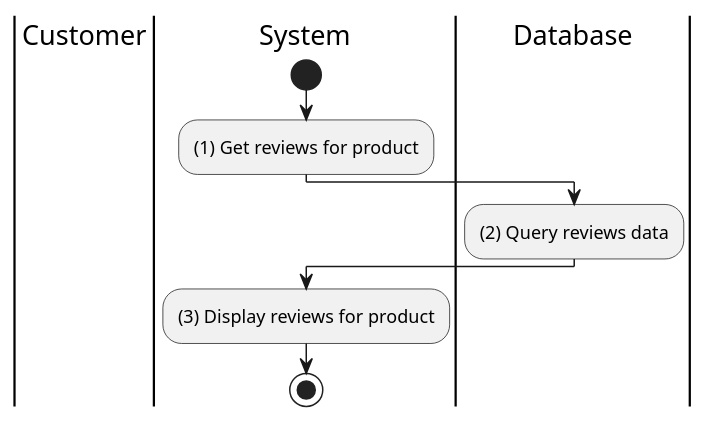
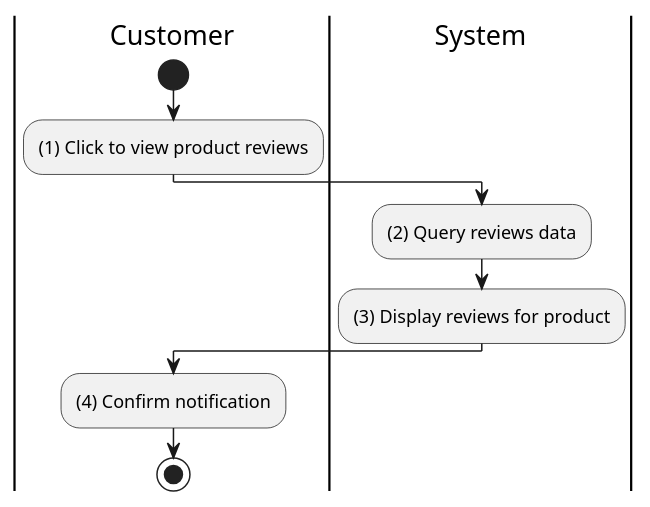
The diagram in docs/software-docs/activity/view-product/view-product-reviews.md (electricilies/electricilies.github.io), drawn with PlantUML before and after one commit. The commit also changed 47 other files, not shown here.

````diff
--- a/docs/software-docs/activity/view-product/view-product-reviews.md
+++ b/docs/software-docs/activity/view-product/view-product-reviews.md
@@ -3,17 +3,16 @@
 ```plantuml
 @startuml
 |C|Customer
 |S|System
-|D|Database
 
+|C|
+start
+:(1) Click to view product reviews;
 |S|
-start
-:(1) Get reviews for product;
-|D|
 :(2) Query reviews data;
-|S|
 :(3) Display reviews for product;
+|C|
+:(4) Confirm notification;
 stop
-
 @enduml
 ```
````
